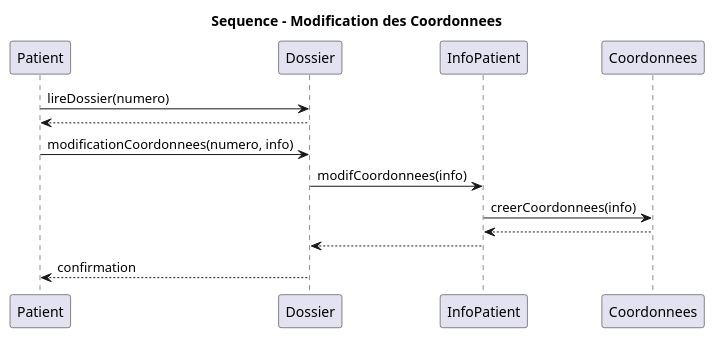
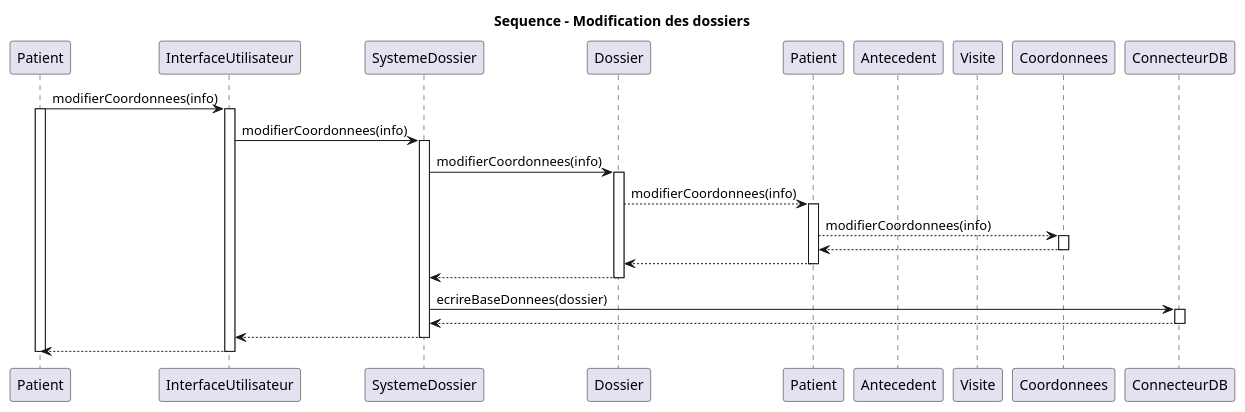
One commit to vbrayuqam/projet-genielog changed the diagram in seqModificationCoordonnees.puml. Above: the diagram before and after it, drawn with PlantUML. The commit also changed 1 other file, not shown here.

Commit message:
seq coord

```diff
--- a/seqModificationCoordonnees.puml
+++ b/seqModificationCoordonnees.puml
@@ -1,19 +1,43 @@
-@startuml seqModificationCoordonnees
+@startuml sequenceModificationPatient
 
-Title Sequence - Modification des Coordonnees
+title Sequence - Modification des dossiers
 
+participant Patient as M
+participant InterfaceUtilisateur as U
+participant SystemeDossier as S
+participant Dossier as D
 participant Patient as P
-participant Dossier as D
-participant InfoPatient as I
+participant Antecedent as A
+participant Visite as V
 participant Coordonnees as C
+participant ConnecteurDB as DB
 
-P -> D: lireDossier(numero)
-D --> P
-P -> D: modificationCoordonnees(numero, info)
-D -> I: modifCoordonnees(info)
-I -> C: creerCoordonnees(info)
-C --> I
-I --> D
-D --> P: confirmation
+
+M -> U: modifierCoordonnees(info)
+activate M
+activate U
+U -> S: modifierCoordonnees(info)
+activate S
+S -> D: modifierCoordonnees(info)
+activate D
+D --> P: modifierCoordonnees(info)
+activate P
+P --> C: modifierCoordonnees(info)
+activate C
+C --> P
+deactivate C
+P --> D
+deactivate P
+D --> S
+deactivate D
+S -> DB: ecrireBaseDonnees(dossier)
+activate DB
+DB --> S
+deactivate DB
+S --> U
+deactivate S
+U --> M
+deactivate U
+deactivate M
 
 @enduml
```
